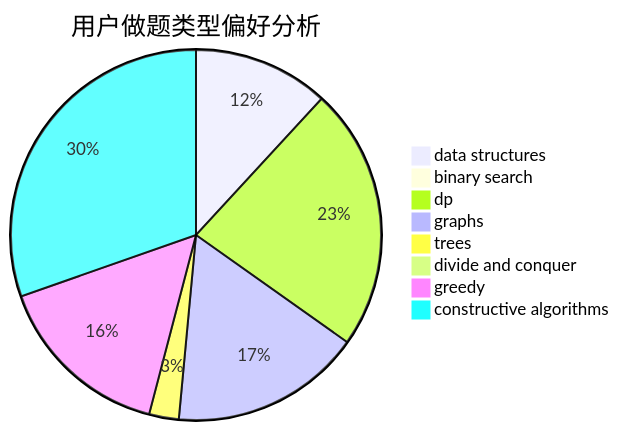
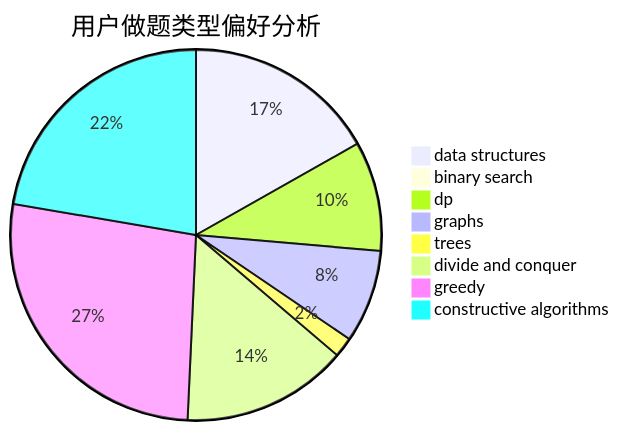
One commit to sherpahu/cfrs.github.io changed the second of 3 diagrams in docs/user/u2701.md. Above: the diagram before and after it, drawn with Mermaid. The commit also changed other lines of this file and 2770 other files, not shown here.

````diff
--- a/docs/user/u2701.md
+++ b/docs/user/u2701.md
@@ -23,11 +23,11 @@
 ```mermaid
 pie title 用户做题类型偏好分析
-    "data structures" :  32
-    "binary search" :  0
-    "dp" :  62
-    "graphs" :  45
-    "trees" :  7
-    "divide and conquer" :  0
-    "greedy" :  42
-    "constructive algorithms" :  82
+    "data structures" :  58
+    "binary search" :  2
+    "dp" :  33
+    "graphs" :  28
+    "trees" :  6
+    "divide and conquer" :  50
+    "greedy" :  93
+    "constructive algorithms" :  77
 ```
````
